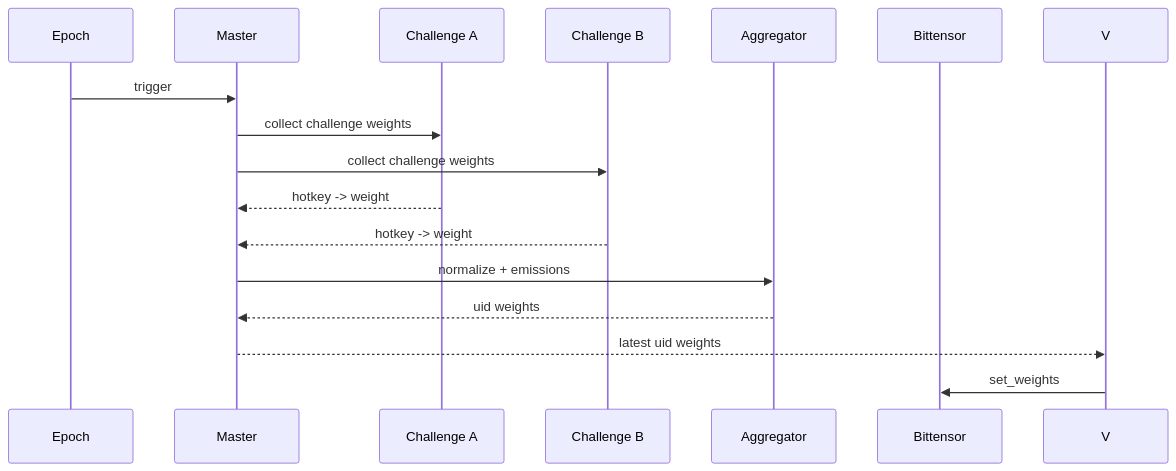
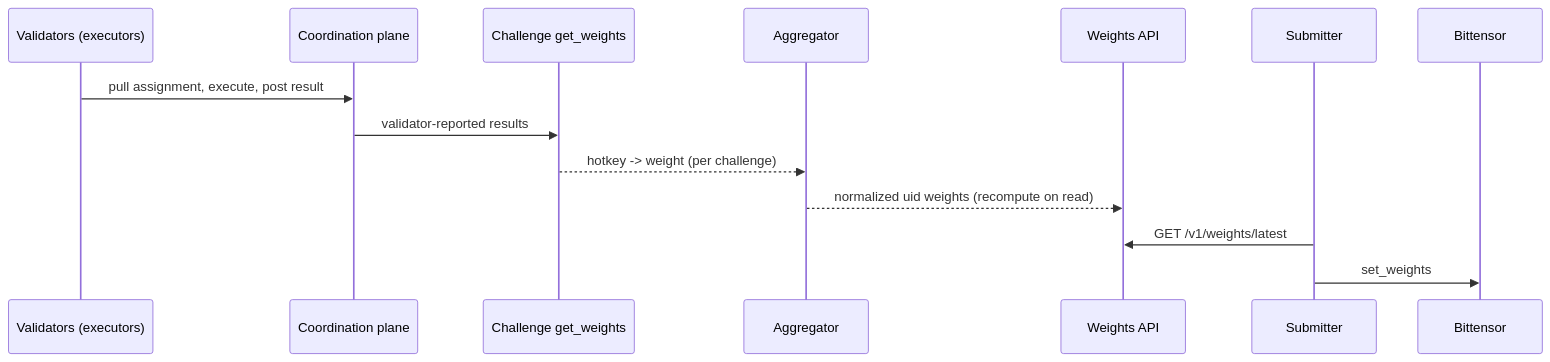
The second of 2 diagrams in README.md (BaseIntelligence/base), drawn with Mermaid before and after one commit. The commit also changed other lines of this file, not shown here.

Commit message:
docs: update README for decentralized master/coordinator architecture

````diff
--- a/README.md
+++ b/README.md
@@ -103,19 +111,17 @@
 ```mermaid
 sequenceDiagram
-    participant E as Epoch
-    participant M as Master
-    participant A as Challenge A
-    participant B as Challenge B
+    participant V as Validators (executors)
+    participant CP as Coordination plane
+    participant A as Challenge get_weights
     participant G as Aggregator
+    participant W as Weights API
+    participant SUB as Submitter
     participant BT as Bittensor
 
-    E->>M: trigger
-    M->>A: collect challenge weights
-    M->>B: collect challenge weights
-    A-->>M: hotkey -> weight
-    B-->>M: hotkey -> weight
-    M->>G: normalize + emissions
-    G-->>M: uid weights
-    M-->>V: latest uid weights
-    V->>BT: set_weights
+    V->>CP: pull assignment, execute, post result
+    CP->>A: validator-reported results
+    A-->>G: hotkey -> weight (per challenge)
+    G-->>W: normalized uid weights (recompute on read)
+    SUB->>W: GET /v1/weights/latest
+    SUB->>BT: set_weights
 ```
````
